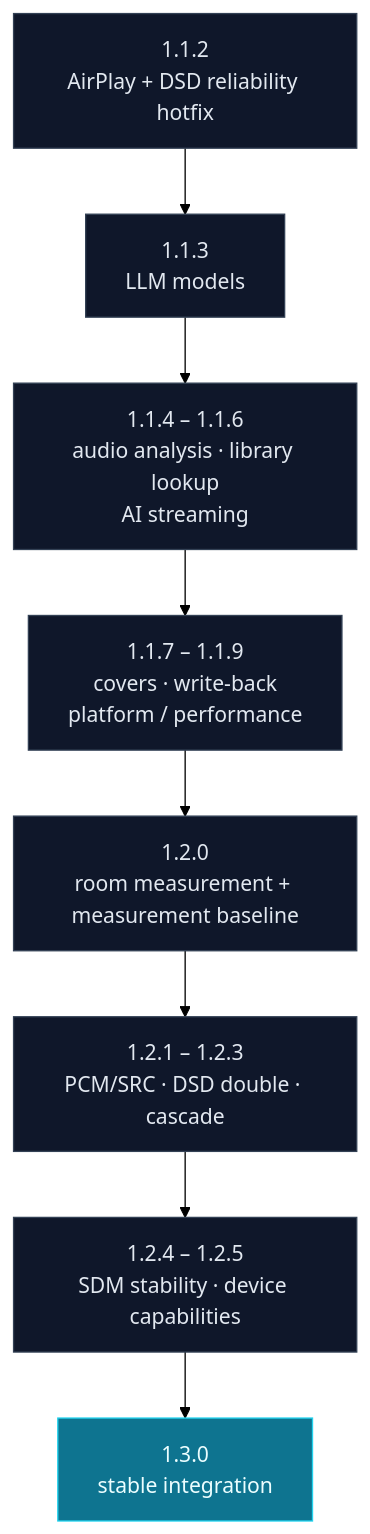
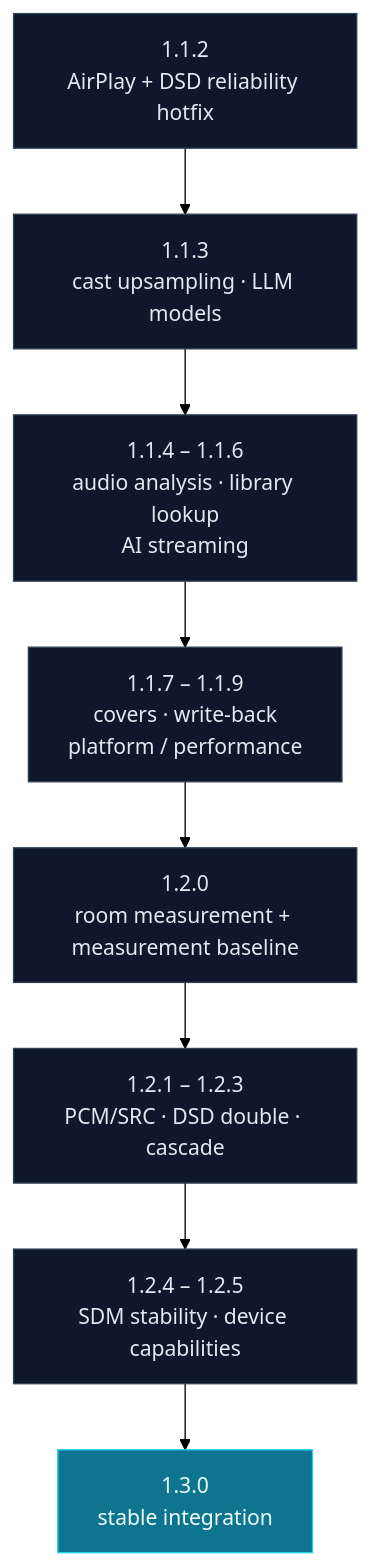
The diagram in README.md (BH2VOQ/RLPlayer-Mac), drawn with Mermaid (forest theme) before and after one commit. The commit also changed other lines of this file and 2 other files, not shown here.

````diff
--- a/README.md
+++ b/README.md
@@ -274,16 +274,16 @@
 ```mermaid
 flowchart TB
   A["1.1.2<br/>AirPlay + DSD reliability hotfix"]
-  B["1.1.3<br/>LLM models"]
+  B["1.1.3<br/>cast upsampling · LLM models"]
   C["1.1.4 – 1.1.6<br/>audio analysis · library lookup<br/>AI streaming"]
   D["1.1.7 – 1.1.9<br/>covers · write-back<br/>platform / performance"]
   E["1.2.0<br/>room measurement + measurement baseline"]
   F["1.2.1 – 1.2.3<br/>PCM/SRC · DSD double · cascade"]
   G["1.2.4 – 1.2.5<br/>SDM stability · device capabilities"]
   H["1.3.0<br/>stable integration"]
   A --> B --> C --> D --> E --> F --> G --> H
   classDef plan fill:#0f172a,stroke:#334155,color:#e2e8f0;
   classDef next fill:#0e7490,stroke:#22d3ee,color:#ecfeff;
   class A,B,C,D,E,F,G plan;
   class H next;
 ```
````
